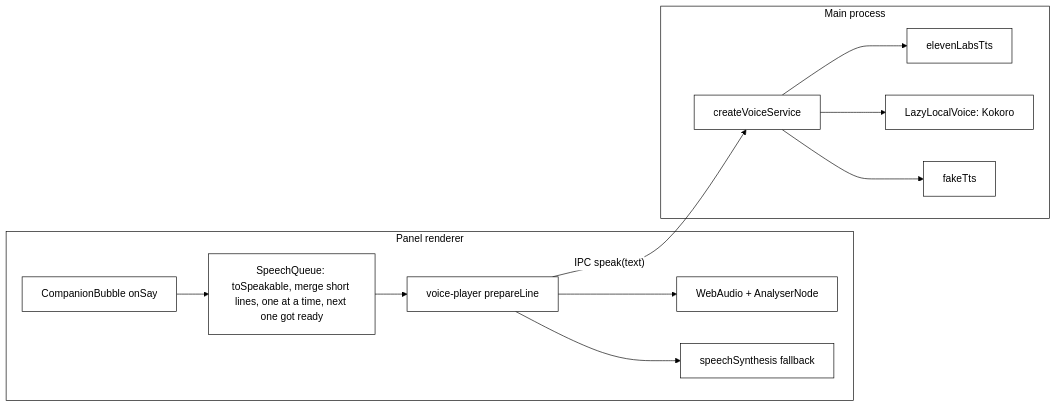
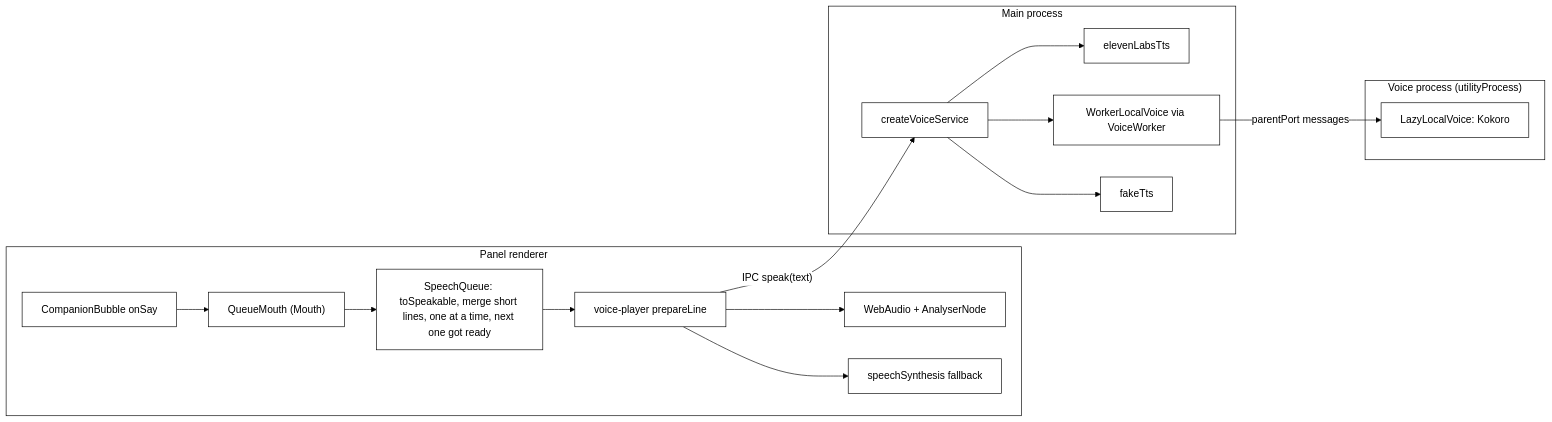
Before and after one commit to nadeem4/tagalong: diagram 12 of 13 in docs/architecture.md, drawn with Mermaid. The commit also changed other lines of this file and 33 other files, not shown here.

First line of the commit message:
Voice slots, a utility process for Kokoro, and a voice picker (#91)

````diff
--- a/docs/architecture.md
+++ b/docs/architecture.md
@@ -1505,16 +1505,21 @@
 ```mermaid
 %%{init: {"theme": "base", "themeVariables": {"primaryColor": "#ffffff", "primaryTextColor": "#000000", "primaryBorderColor": "#000000", "lineColor": "#000000", "secondaryColor": "#ffffff", "tertiaryColor": "#ffffff", "background": "#ffffff", "clusterBkg": "#ffffff", "clusterBorder": "#000000"}}}%%
 flowchart LR
   subgraph Panel["Panel renderer"]
-    CB["CompanionBubble onSay"] --> Q["SpeechQueue: toSpeakable, merge short lines, one at a time, next one got ready"]
+    CB["CompanionBubble onSay"] --> QM["QueueMouth (Mouth)"]
+    QM --> Q["SpeechQueue: toSpeakable, merge short lines, one at a time, next one got ready"]
     Q --> PL["voice-player prepareLine"]
     PL --> WA["WebAudio + AnalyserNode"]
     PL --> SS["speechSynthesis fallback"]
   end
   subgraph Main["Main process"]
     VS["createVoiceService"] --> EL["elevenLabsTts"]
-    VS --> KO["LazyLocalVoice: Kokoro"]
+    VS --> WL["WorkerLocalVoice via VoiceWorker"]
     VS --> FK["fakeTts"]
   end
+  subgraph VP["Voice process (utilityProcess)"]
+    KO["LazyLocalVoice: Kokoro"]
+  end
+  WL -- "parentPort messages" --> KO
   PL -- "IPC speak(text)" --> VS
 ```
````
